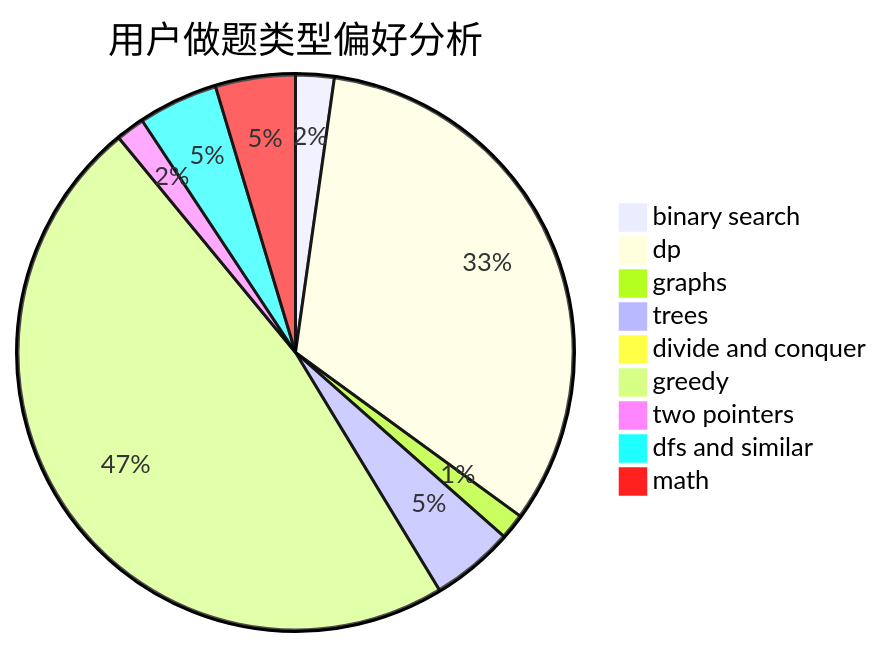
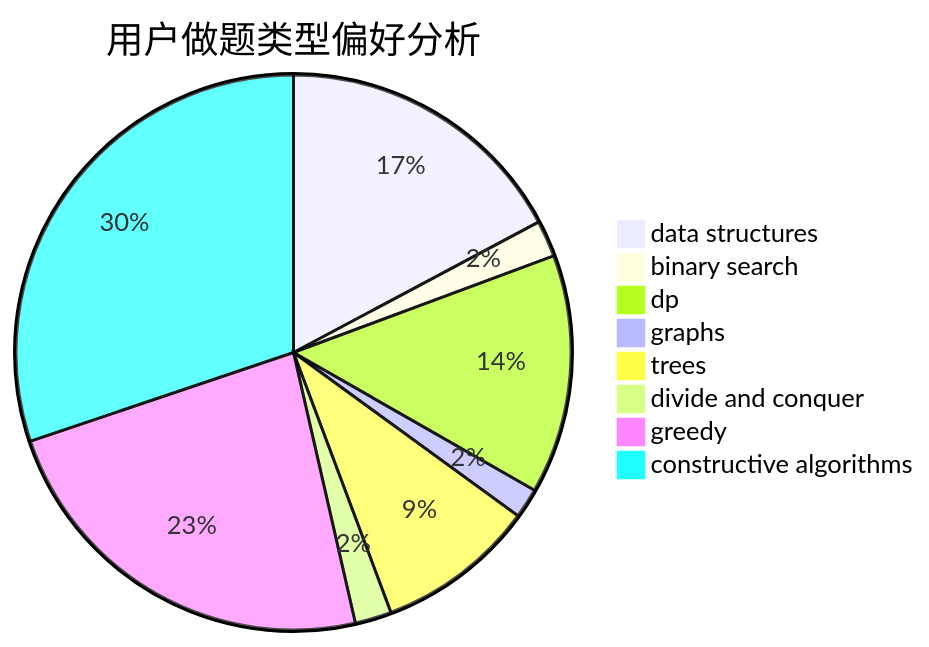
Before and after one commit to sherpahu/cfrs.github.io: the second of 3 diagrams in docs/user/u2423.md, drawn with Mermaid. The commit also changed other lines of this file and 2775 other files, not shown here.

````diff
--- a/docs/user/u2423.md
+++ b/docs/user/u2423.md
@@ -23,12 +23,11 @@
 ```mermaid
 pie title 用户做题类型偏好分析
-    "binary search" :  39
-    "dp" :  571
-    "graphs" :  26
-    "trees" :  84
-    "divide and conquer" :  12
-    "greedy" :  831
-    "two pointers" :  29
-    "dfs and similar" :  81
-    "math" :  81
+    "data structures" :  89
+    "binary search" :  11
+    "dp" :  72
+    "graphs" :  9
+    "trees" :  48
+    "divide and conquer" :  11
+    "greedy" :  121
+    "constructive algorithms" :  156
 ```
````
